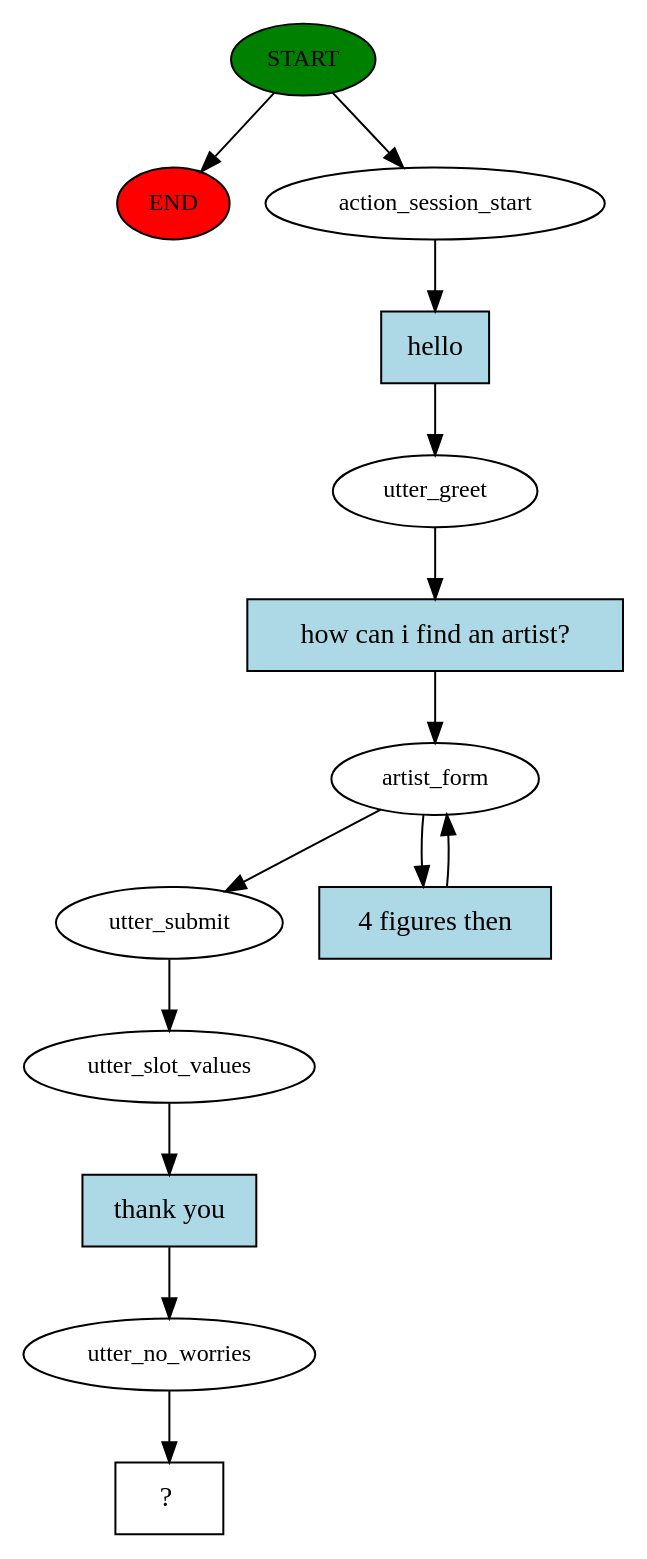
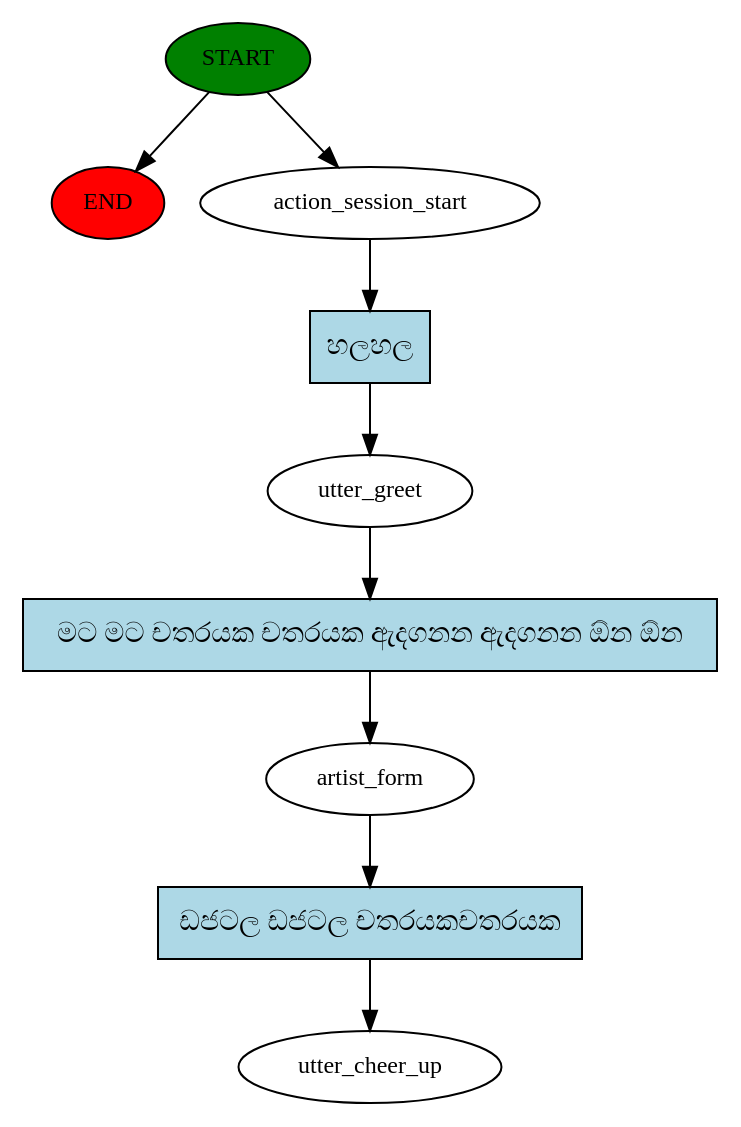
One commit to AnuttharadeSilva/ArtistsFinderChatbot changed the diagram in story_graph.dot. Above: the diagram before and after it, drawn with Graphviz. The commit also changed 6 other files, not shown here.

```diff
--- a/story_graph.dot
+++ b/story_graph.dot
@@ -1,28 +1,19 @@
 digraph  {
 0 [class="start active", fillcolor=green, fontsize=12, label=START, style=filled];
 "-1" [class=end, fillcolor=red, fontsize=12, label=END, style=filled];
 1 [class=active, fontsize=12, label=action_session_start];
 2 [class=active, fontsize=12, label=utter_greet];
 3 [class=active, fontsize=12, label=artist_form];
-8 [class=active, fontsize=12, label=utter_submit];
-9 [class=active, fontsize=12, label=utter_slot_values];
-10 [class=active, fontsize=12, label=utter_no_worries];
-11 [class="intent dashed active", label="  ?  ", shape=rect];
-12 [class="intent active", fillcolor=lightblue, label=hello, shape=rect, style=filled];
-13 [class="intent active", fillcolor=lightblue, label="how can i find an artist?", shape=rect, style=filled];
-14 [class="intent active", fillcolor=lightblue, label="4 figures then", shape=rect, style=filled];
-15 [class="intent active", fillcolor=lightblue, label="thank you", shape=rect, style=filled];
+4 [class="dashed active", fontsize=12, label=utter_cheer_up];
+5 [class="intent active", fillcolor=lightblue, label="හලහල", shape=rect, style=filled];
+6 [class="intent active", fillcolor=lightblue, label="මට මට චතරයක චතරයක ඇදගනන ඇදගනන ඕන ඕන", shape=rect, style=filled];
+7 [class="intent active", fillcolor=lightblue, label="ඩජටල ඩජටල චතරයකචතරයක", shape=rect, style=filled];
 0 -> "-1"  [class="", key=NONE, label=""];
 0 -> 1  [class=active, key=NONE, label=""];
-1 -> 12  [class=active, key=0];
-2 -> 13  [class=active, key=0];
-3 -> 8  [class=active, key=NONE, label=""];
-3 -> 14  [class=active, key=0];
-8 -> 9  [class=active, key=NONE, label=""];
-9 -> 15  [class=active, key=0];
-10 -> 11  [class=active, key=NONE, label=""];
-12 -> 2  [class=active, key=0];
-13 -> 3  [class=active, key=0];
-14 -> 3  [class=active, key=0];
-15 -> 10  [class=active, key=0];
+1 -> 5  [class=active, key=0];
+2 -> 6  [class=active, key=0];
+3 -> 7  [class=active, key=0];
+5 -> 2  [class=active, key=0];
+6 -> 3  [class=active, key=0];
+7 -> 4  [class=active, key=0];
 }
```
